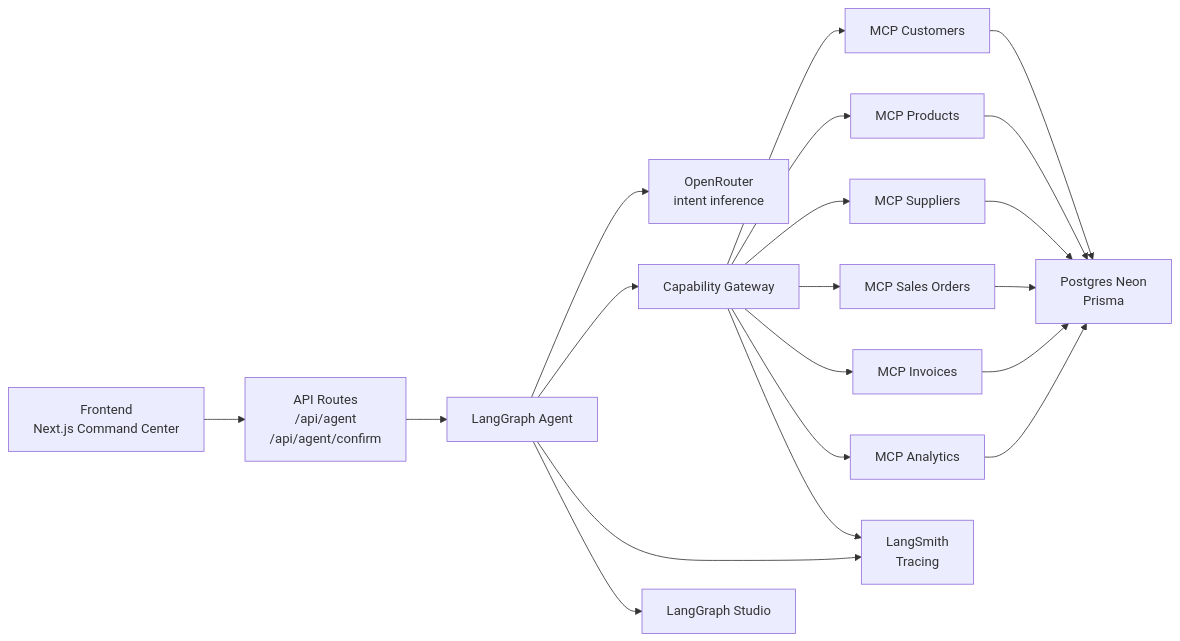
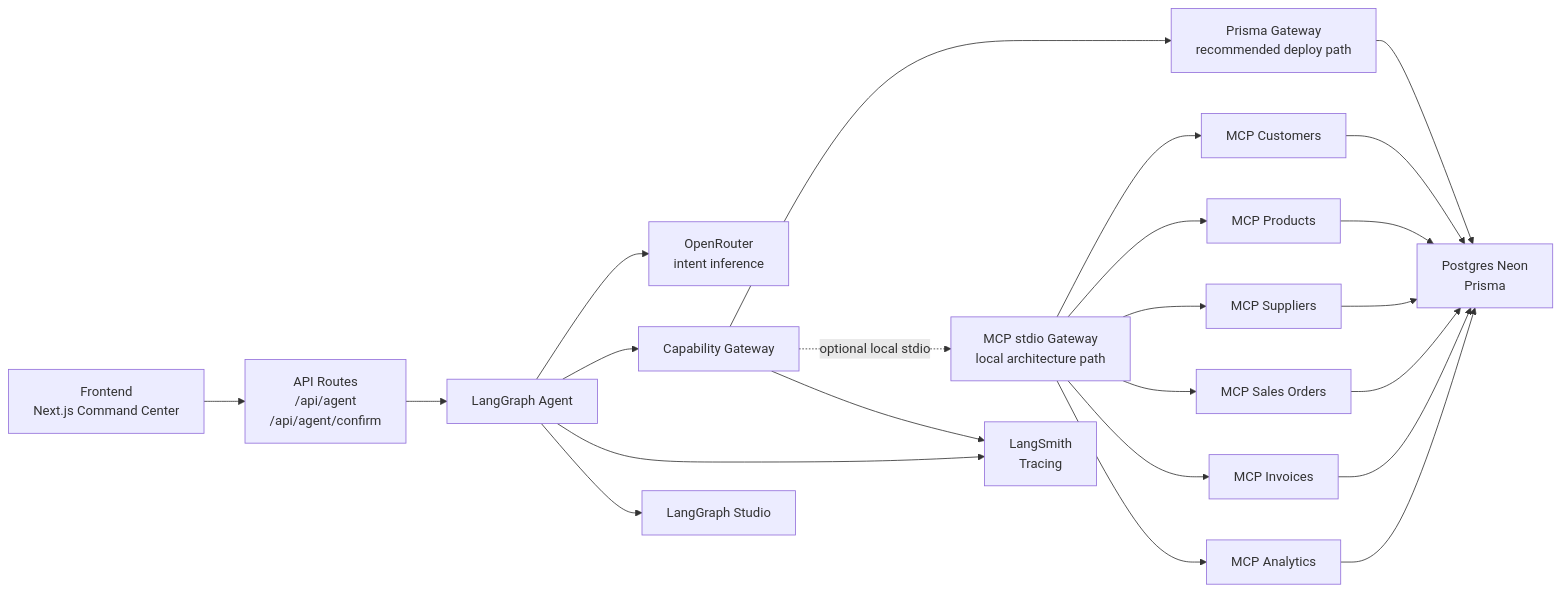
The diagram in docs/backend-architecture.md (prikovalski/anti-ERP), drawn with Mermaid before and after one commit. The commit also changed other lines of this file and 4 other files, not shown here.

Commit message:
Refine capability gateway and docs for Prisma-backed deploys

````diff
--- a/docs/backend-architecture.md
+++ b/docs/backend-architecture.md
@@ -5,37 +5,42 @@
 ```mermaid
 flowchart LR
   Frontend["Frontend<br/>Next.js Command Center"]
   API["API Routes<br/>/api/agent<br/>/api/agent/confirm"]
   Graph["LangGraph Agent"]
   OpenRouter["OpenRouter<br/>intent inference"]
   Gateway["Capability Gateway"]
+  PrismaGateway["Prisma Gateway<br/>recommended deploy path"]
+  McpGateway["MCP stdio Gateway<br/>local architecture path"]
   Customers["MCP Customers"]
   Products["MCP Products"]
   Suppliers["MCP Suppliers"]
   SalesOrders["MCP Sales Orders"]
   Invoices["MCP Invoices"]
   Analytics["MCP Analytics"]
   DB["Postgres Neon<br/>Prisma"]
   LangSmith["LangSmith<br/>Tracing"]
   Studio["LangGraph Studio"]
 
   Frontend --> API
   API --> Graph
   Graph --> OpenRouter
   Graph --> Gateway
-  Gateway --> Customers
-  Gateway --> Products
-  Gateway --> Suppliers
-  Gateway --> SalesOrders
-  Gateway --> Invoices
-  Gateway --> Analytics
+  Gateway --> PrismaGateway
+  Gateway -. "optional local stdio" .-> McpGateway
+  McpGateway --> Customers
+  McpGateway --> Products
+  McpGateway --> Suppliers
+  McpGateway --> SalesOrders
+  McpGateway --> Invoices
+  McpGateway --> Analytics
+  PrismaGateway --> DB
   Customers --> DB
   Products --> DB
   Suppliers --> DB
   SalesOrders --> DB
   Invoices --> DB
   Analytics --> DB
   Graph --> LangSmith
   Gateway --> LangSmith
   Graph --> Studio
 ```
````
